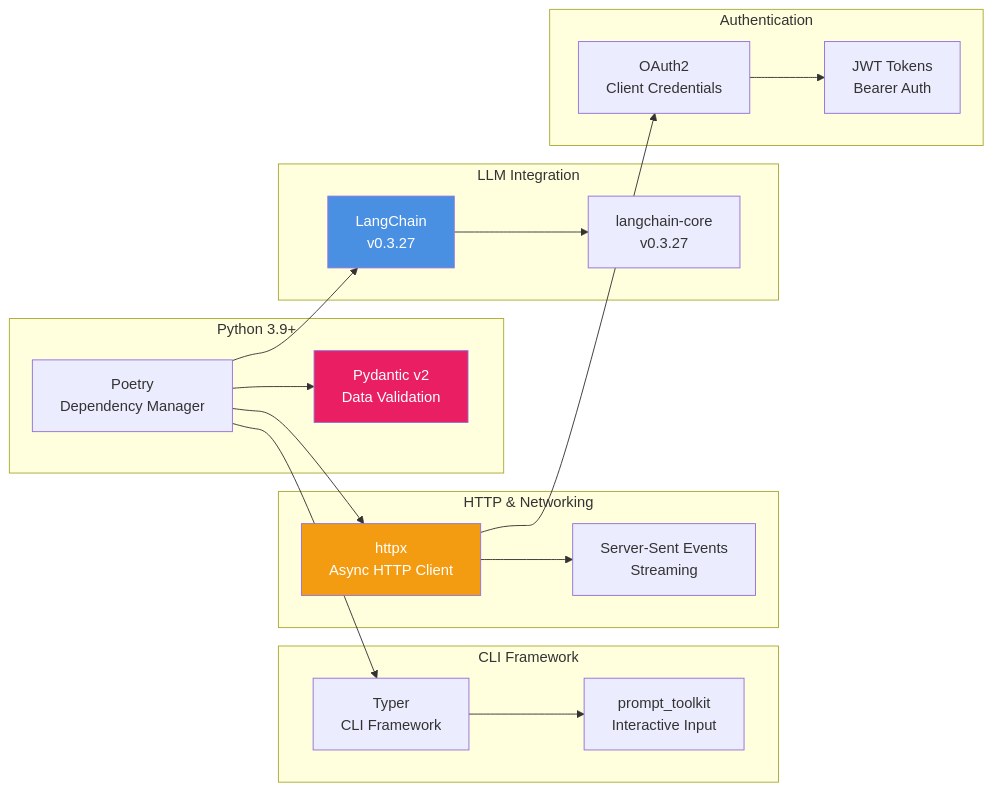
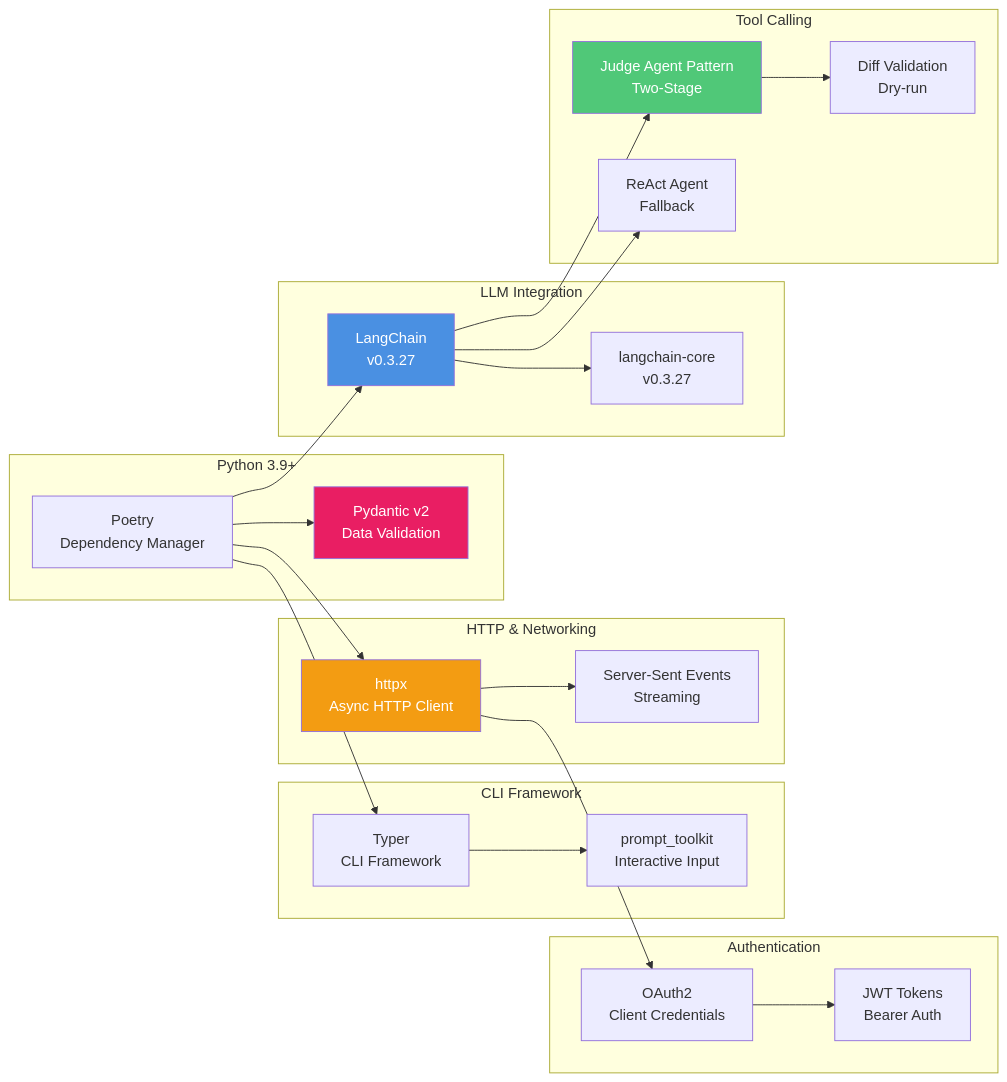
The seventh of 8 diagrams in ARCHITECTURE.md (evellyncosta/buddyctl-cli), drawn with Mermaid before and after one commit. The commit also changed other lines of this file and 3 other files, not shown here.

````diff
--- a/ARCHITECTURE.md
+++ b/ARCHITECTURE.md
@@ -325,43 +325,54 @@
 ```mermaid
 graph LR
     subgraph "Python 3.9+"
         Poetry[Poetry<br/>Dependency Manager]
         Pydantic[Pydantic v2<br/>Data Validation]
     end
 
     subgraph "CLI Framework"
         Typer[Typer<br/>CLI Framework]
         PromptToolkit[prompt_toolkit<br/>Interactive Input]
     end
 
     subgraph "HTTP & Networking"
         HTTPX[httpx<br/>Async HTTP Client]
         SSE[Server-Sent Events<br/>Streaming]
     end
 
     subgraph "LLM Integration"
         LangChain[LangChain<br/>v0.3.27]
         LangChainCore[langchain-core<br/>v0.3.27]
     end
 
     subgraph "Authentication"
         OAuth2[OAuth2<br/>Client Credentials]
         JWT[JWT Tokens<br/>Bearer Auth]
     end
 
+    subgraph "Tool Calling"
+        JudgeAgent[Judge Agent Pattern<br/>Two-Stage]
+        ReActAgent[ReAct Agent<br/>Fallback]
+        DiffValidation[Diff Validation<br/>Dry-run]
+    end
+
     Poetry --> Typer
     Poetry --> HTTPX
     Poetry --> LangChain
     Poetry --> Pydantic
 
     Typer --> PromptToolkit
     HTTPX --> SSE
     HTTPX --> OAuth2
     OAuth2 --> JWT
 
     LangChain --> LangChainCore
+    LangChain --> JudgeAgent
+    LangChain --> ReActAgent
+
+    JudgeAgent --> DiffValidation
 
     style LangChain fill:#4A90E2,color:#fff
     style HTTPX fill:#F39C12,color:#fff
     style Pydantic fill:#E91E63,color:#fff
+    style JudgeAgent fill:#50C878,color:#fff
 ```
````
